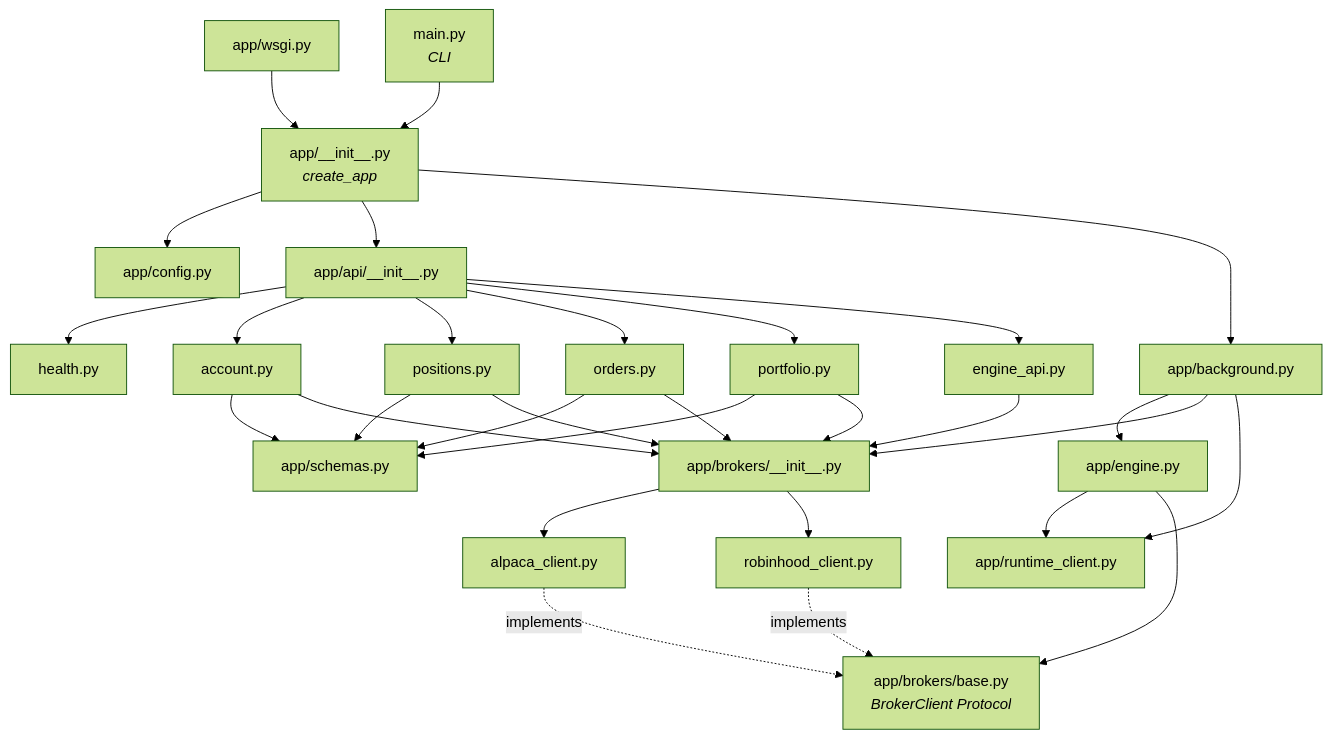
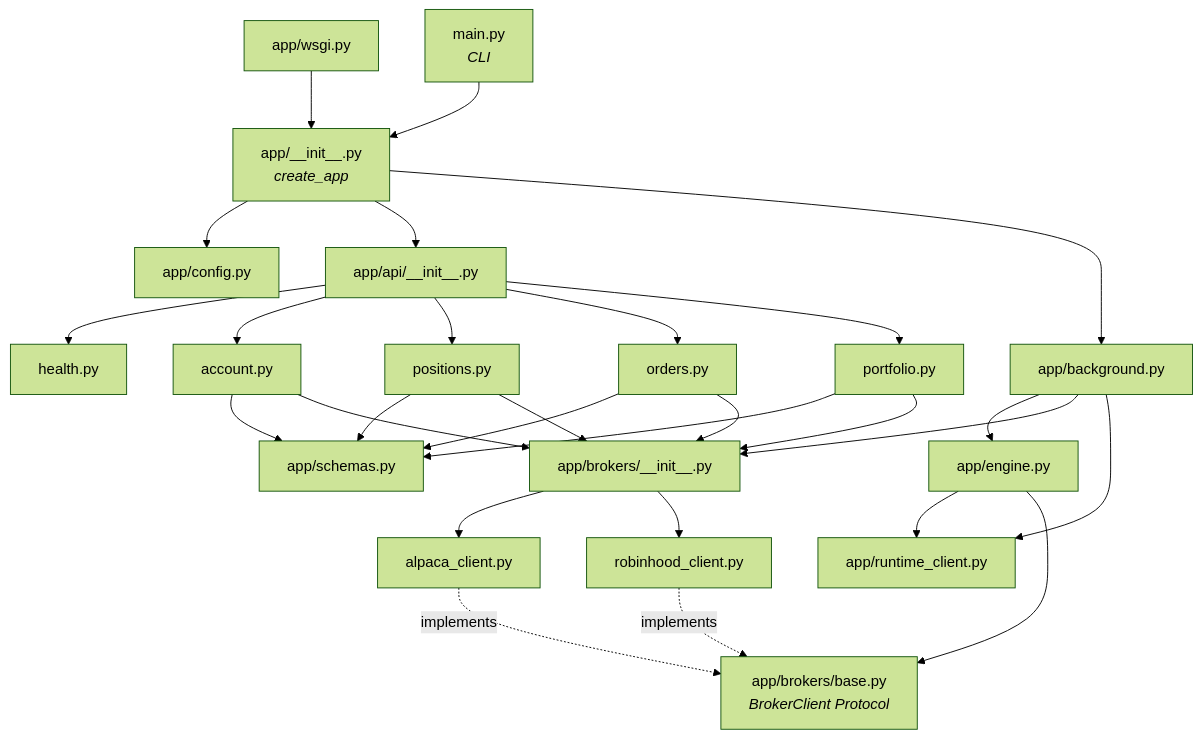
The fourth of 4 diagrams in README.md (IamJasonBian/allocation-engine-2.0), drawn with Mermaid (forest theme) before and after one commit. The commit also changed other lines of this file and 10 other files, not shown here.

````diff
--- a/README.md
+++ b/README.md
@@ -211,30 +210,29 @@
 ```mermaid
 graph TD
     WSGI[app/wsgi.py] --> INIT[app/__init__.py<br/><i>create_app</i>]
     MAIN[main.py<br/><i>CLI</i>] --> INIT
 
     INIT --> CFG[app/config.py]
     INIT --> API[app/api/__init__.py]
     INIT --> BGM[app/background.py]
 
     API --> HEALTH[health.py]
     API --> ACCT[account.py]
     API --> POS[positions.py]
     API --> ORD[orders.py]
     API --> PORT[portfolio.py]
-    API --> EAPI[engine_api.py]
 
     ACCT & POS & ORD & PORT --> SCH[app/schemas.py]
-    ACCT & POS & ORD & PORT & EAPI --> BREG[app/brokers/__init__.py]
+    ACCT & POS & ORD & PORT --> BREG[app/brokers/__init__.py]
 
     BGM --> ENG[app/engine.py]
     BGM --> BREG
     BGM --> RTC[app/runtime_client.py]
 
     ENG --> RTC
     ENG --> BASE[app/brokers/base.py<br/><i>BrokerClient Protocol</i>]
 
     BREG --> ALP[alpaca_client.py]
     BREG --> RHC[robinhood_client.py]
     ALP & RHC -.->|implements| BASE
 ```
````
